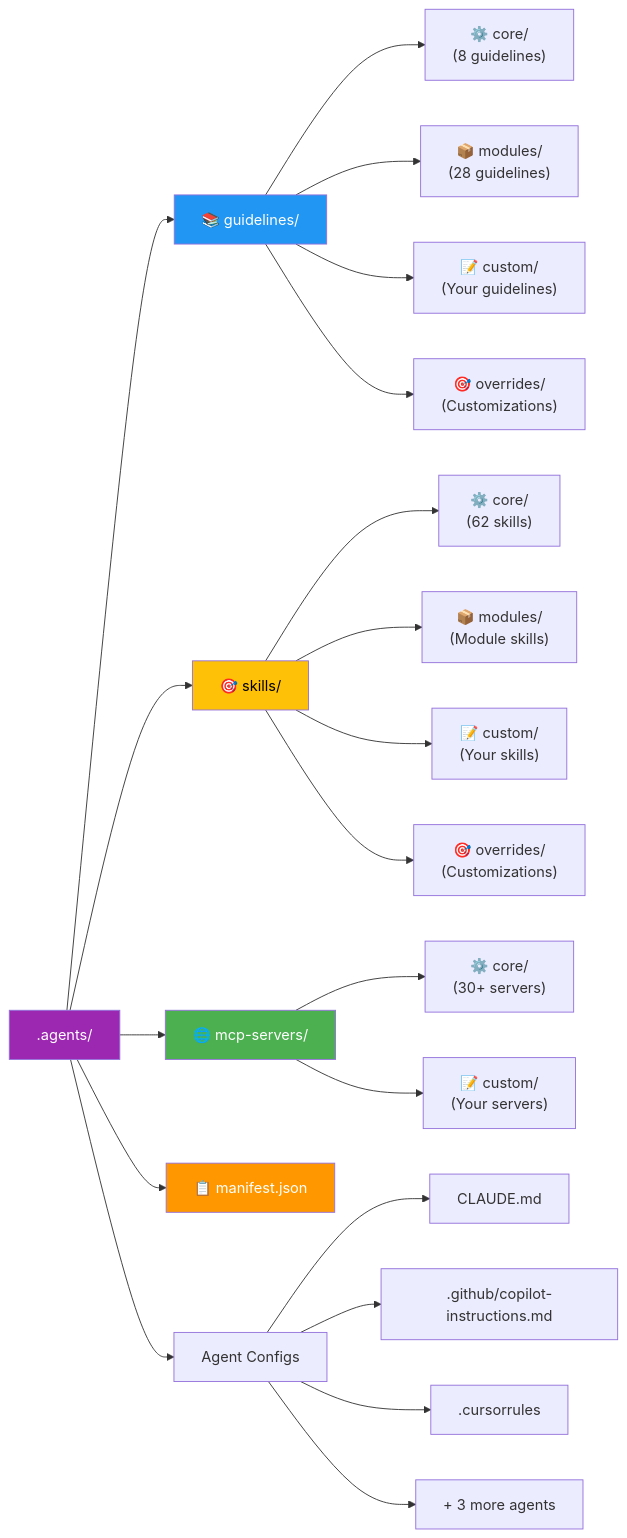
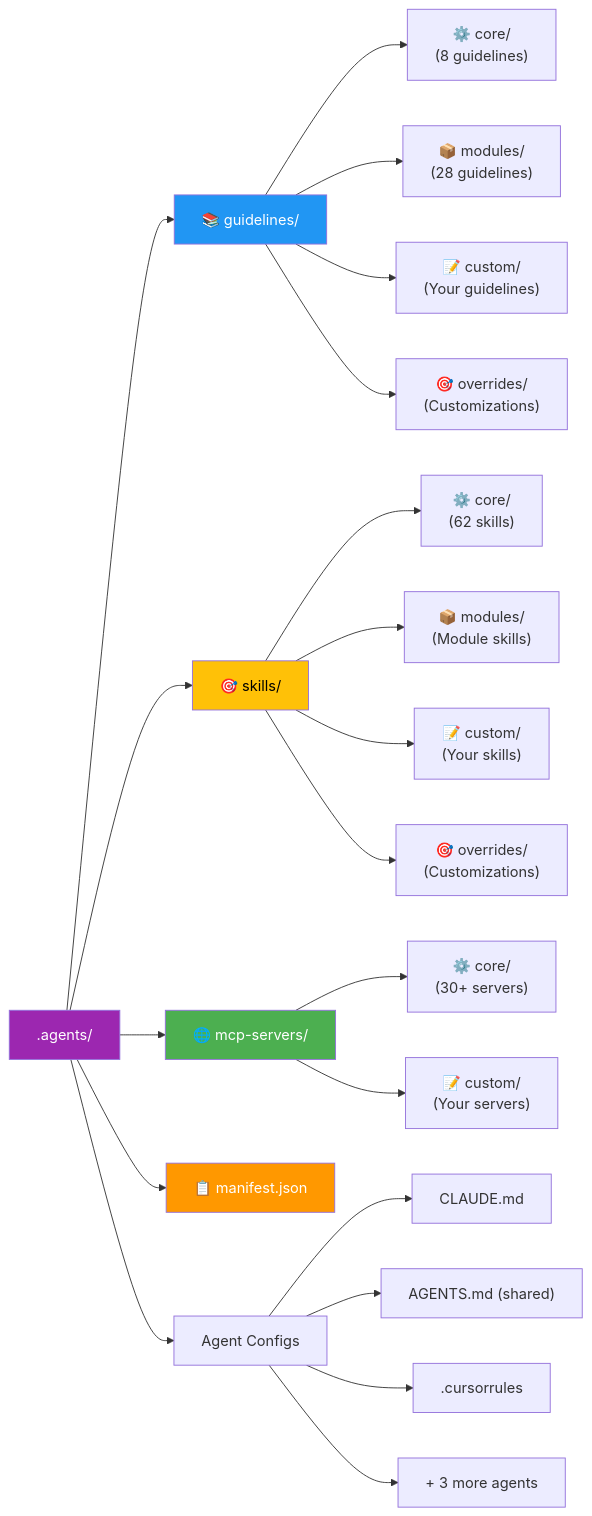
The third of 8 diagrams in AI_INTEGRATION.md (ColdBox/coldbox-cli), drawn with Mermaid before and after one commit. The commit also changed other lines of this file and 4 other files, not shown here.

First line of the commit message:
Migrate GitHub Copilot agent from .github/copilot-instructions.md to AGENTS.md

````diff
--- a/AI_INTEGRATION.md
+++ b/AI_INTEGRATION.md
@@ -167,34 +167,34 @@
 ```mermaid
 graph LR
     Root[".agents/"]
 
     Root --> Guidelines["📚 guidelines/"]
     Root --> Skills["🎯 skills/"]
     Root --> MCP["🌐 mcp-servers/"]
     Root --> Manifest["📋 manifest.json"]
 
     Guidelines --> GCore["⚙️ core/<br/>(8 guidelines)"]
     Guidelines --> GModules["📦 modules/<br/>(28 guidelines)"]
     Guidelines --> GCustom["📝 custom/<br/>(Your guidelines)"]
     Guidelines --> GOverride["🎯 overrides/<br/>(Customizations)"]
 
     Skills --> SCore["⚙️ core/<br/>(62 skills)"]
     Skills --> SModules["📦 modules/<br/>(Module skills)"]
     Skills --> SCustom["📝 custom/<br/>(Your skills)"]
     Skills --> SOverride["🎯 overrides/<br/>(Customizations)"]
 
     MCP --> MCPCore["⚙️ core/<br/>(30+ servers)"]
     MCP --> MCPCustom["📝 custom/<br/>(Your servers)"]
 
     Root --> Agents["Agent Configs"]
     Agents --> Claude["CLAUDE.md"]
-    Agents --> Copilot[".github/copilot-instructions.md"]
+    Agents --> Copilot["AGENTS.md (shared)"]
     Agents --> Cursor[".cursorrules"]
     Agents --> Other["+ 3 more agents"]
 
     style Root fill:#9c27b0,color:#fff
     style Guidelines fill:#2196f3,color:#fff
     style Skills fill:#ffc107,color:#000
     style MCP fill:#4caf50,color:#fff
     style Manifest fill:#ff9800,color:#fff
 ```
````
